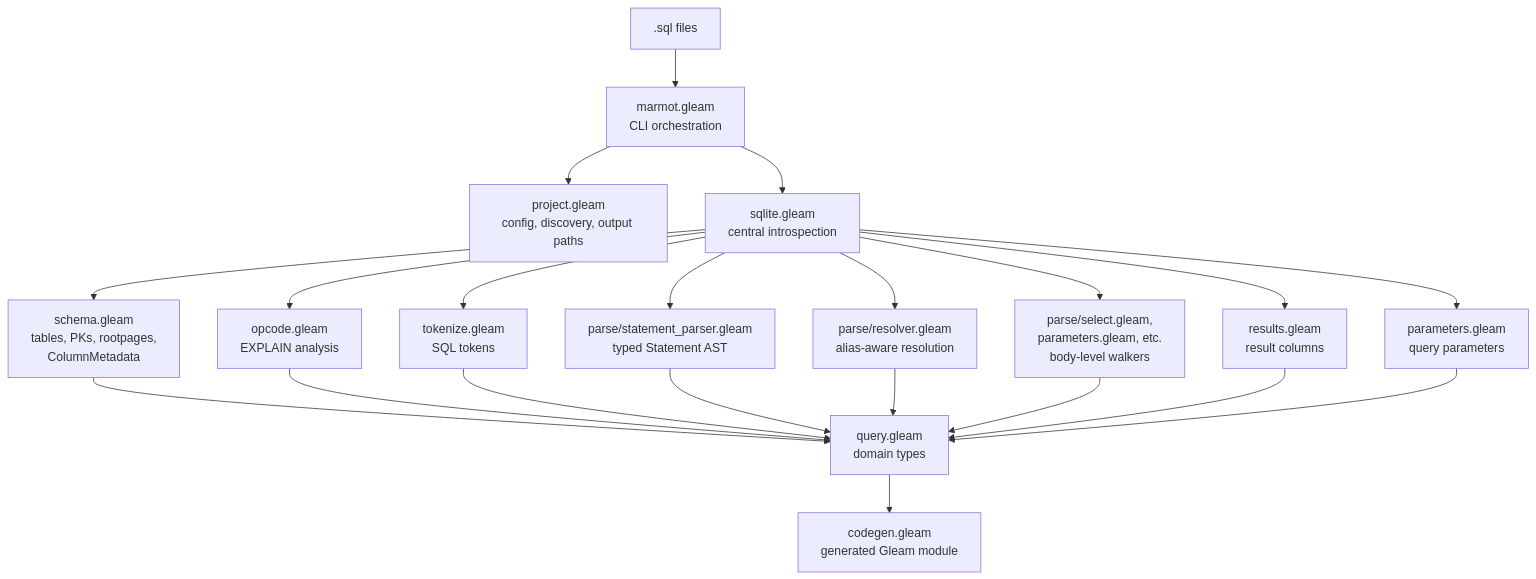
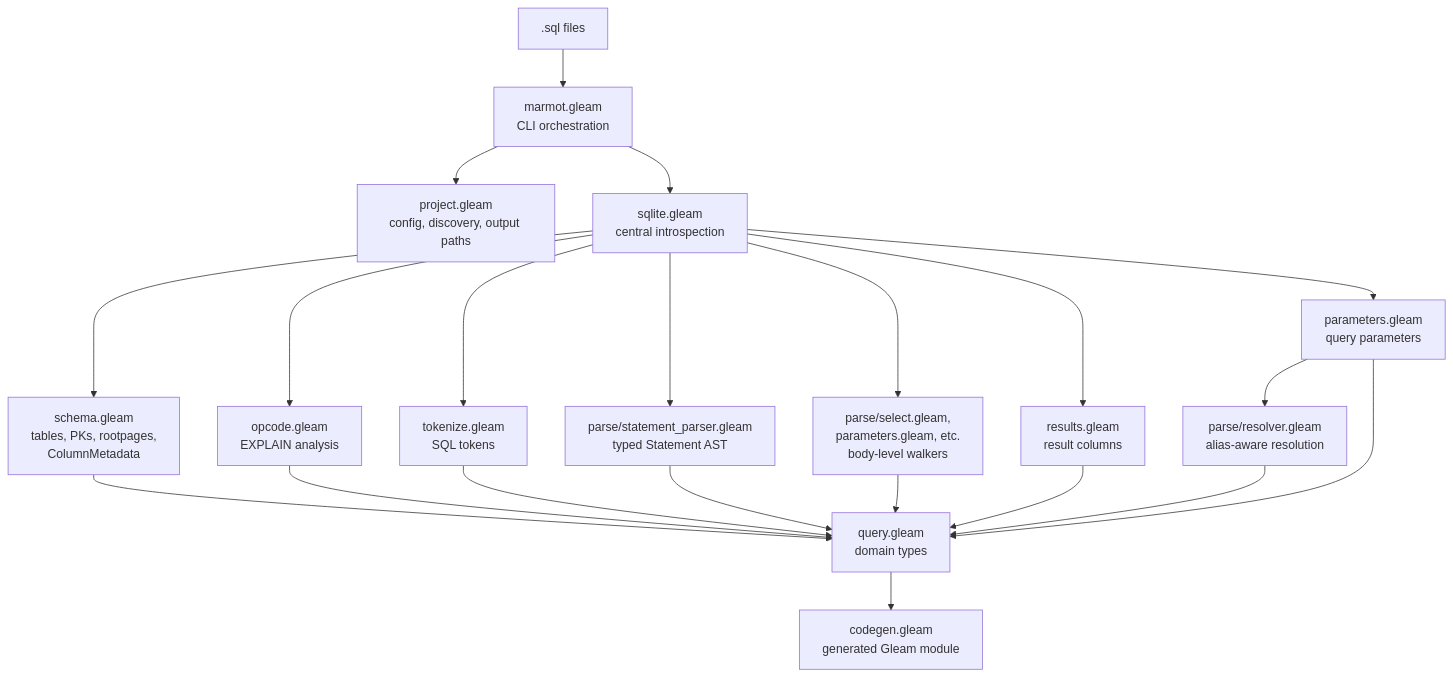
One commit to pairshaped/marmot changed the first of 2 diagrams in src/marmot/internal/README.md. Above: the diagram before and after it, drawn with Mermaid. The commit also changed 6 other files, not shown here.

````diff
--- a/src/marmot/internal/README.md
+++ b/src/marmot/internal/README.md
@@ -7,26 +7,26 @@
 ```mermaid
 flowchart TD
   Files[".sql files"] --> CLI["marmot.gleam<br/>CLI orchestration"]
   CLI --> Project["project.gleam<br/>config, discovery, output paths"]
   CLI --> SQLite["sqlite.gleam<br/>central introspection"]
 
   SQLite --> Schema["schema.gleam<br/>tables, PKs, rootpages,<br/>ColumnMetadata"]
   SQLite --> Opcode["opcode.gleam<br/>EXPLAIN analysis"]
   SQLite --> Tokenize["tokenize.gleam<br/>SQL tokens"]
   SQLite --> StatementParser["parse/statement_parser.gleam<br/>typed Statement AST"]
-  SQLite --> Resolver["parse/resolver.gleam<br/>alias-aware resolution"]
   SQLite --> Parse["parse/select.gleam,<br/>parameters.gleam, etc.<br/>body-level walkers"]
   SQLite --> Results["results.gleam<br/>result columns"]
   SQLite --> Params["parameters.gleam<br/>query parameters"]
+  Params --> Resolver["parse/resolver.gleam<br/>alias-aware resolution"]
 
   Schema --> Query["query.gleam<br/>domain types"]
   Opcode --> Query
   Tokenize --> Query
   StatementParser --> Query
   Resolver --> Query
   Parse --> Query
   Results --> Query
   Params --> Query
 
   Query --> Codegen["codegen.gleam<br/>generated Gleam module"]
 ```
````
